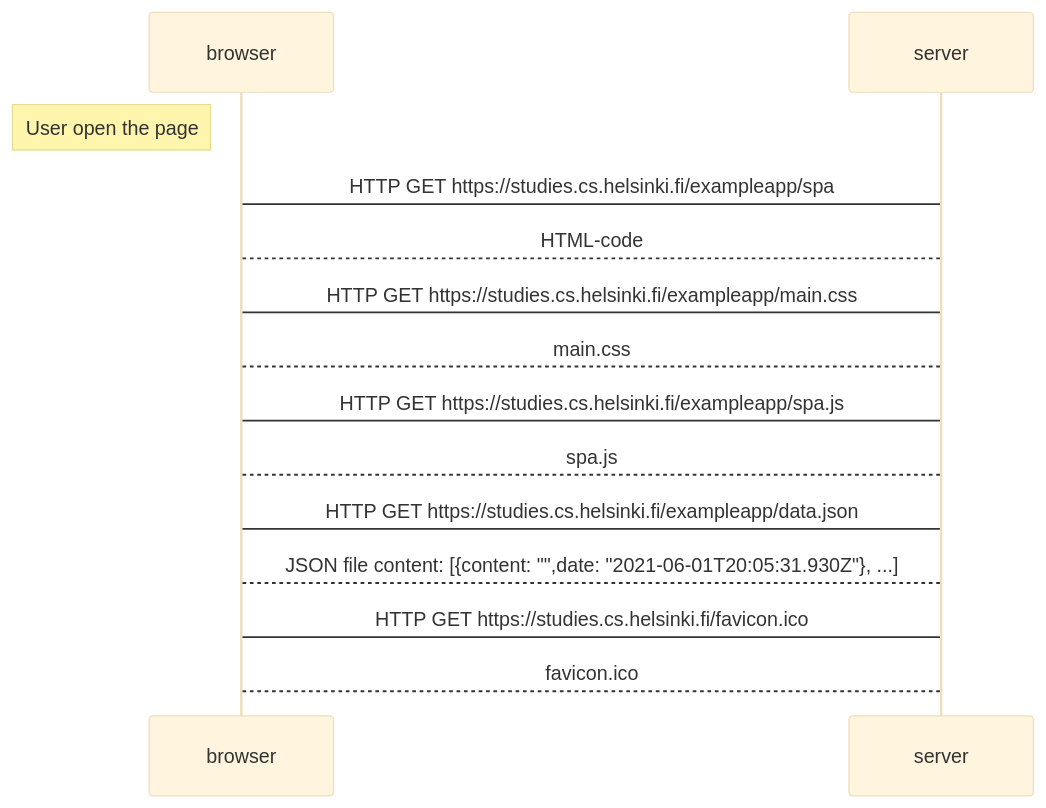
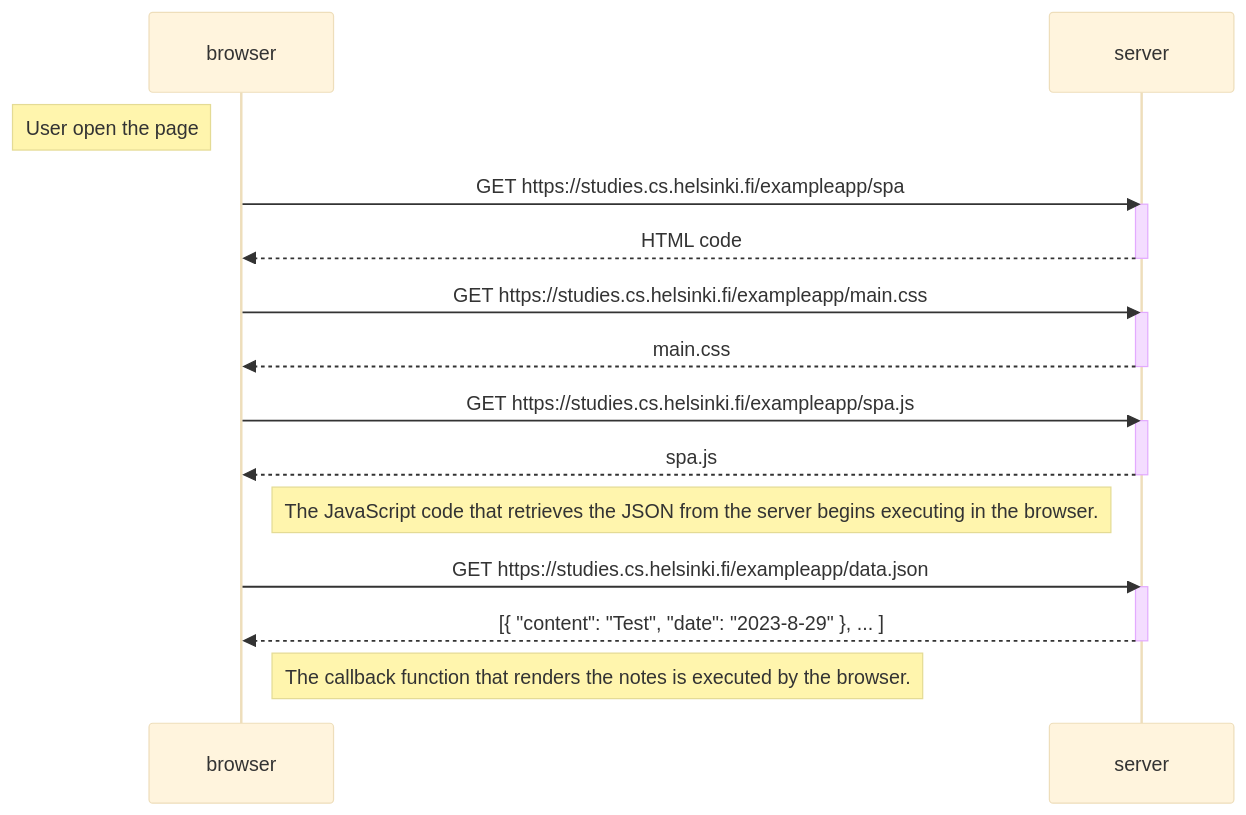
One commit to AliShehab01/full-stack-open-2024 changed the diagram in Part0/0.5_Single_page_app_diagram.md. Above: the diagram before and after it, drawn with Mermaid (base theme).

````diff
--- a/Part0/0.5_Single_page_app_diagram.md
+++ b/Part0/0.5_Single_page_app_diagram.md
@@ -1,19 +1,32 @@
 ```mermaid
 sequenceDiagram
     participant browser
     participant server
 note left of browser: User open the page
-    browser->server: HTTP GET https://studies.cs.helsinki.fi/exampleapp/spa
-server-->browser: HTML-code
-browser->server: HTTP GET https://studies.cs.helsinki.fi/exampleapp/main.css
-server-->browser: main.css
-browser->server: HTTP GET https://studies.cs.helsinki.fi/exampleapp/spa.js
-server-->browser: spa.js
+
+browser->>server: GET  https://studies.cs.helsinki.fi/exampleapp/spa
+   activate server
+   server-->>browser: HTML code
+   deactivate server
+
+browser->>server: GET https://studies.cs.helsinki.fi/exampleapp/main.css
+   activate server
+   server-->>browser: main.css
+   deactivate server
+
+browser->>server: GET https://studies.cs.helsinki.fi/exampleapp/spa.js
+    activate server
+    server-->>browser: spa.js
+    deactivate server
     
+Note right of browser: The JavaScript code that retrieves the JSON from the server begins executing in the browser.
+    
+browser->>server: GET https://studies.cs.helsinki.fi/exampleapp/data.json
+    activate server
+    server-->>browser: [{ "content": "Test", "date": "2023-8-29" }, ... ]
+    deactivate server
+    
+      Note right of browser: The callback function that renders the notes is executed by the browser.
 
-    browser->server: HTTP GET https://studies.cs.helsinki.fi/exampleapp/data.json
-server-->browser: JSON file content: [{content: "",date: "2021-06-01T20:05:31.930Z"}, ...]
-browser->server: HTTP GET https://studies.cs.helsinki.fi/favicon.ico
-server-->browser: favicon.ico
-    
+
 ```
````
